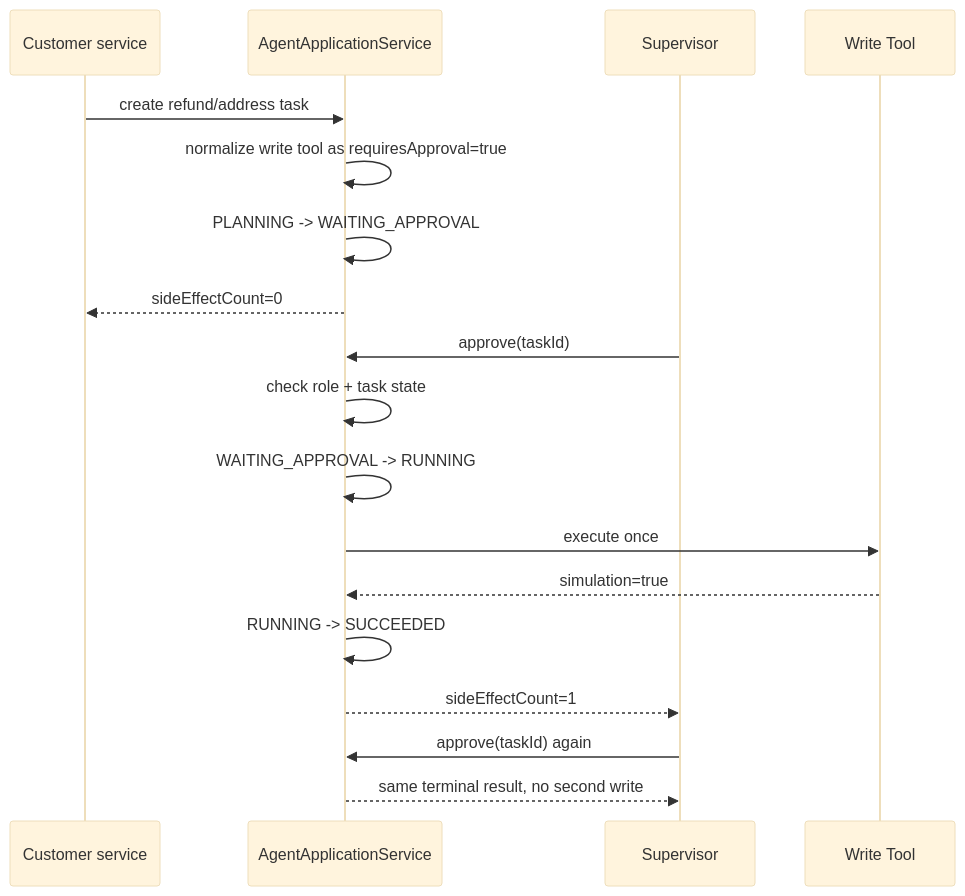
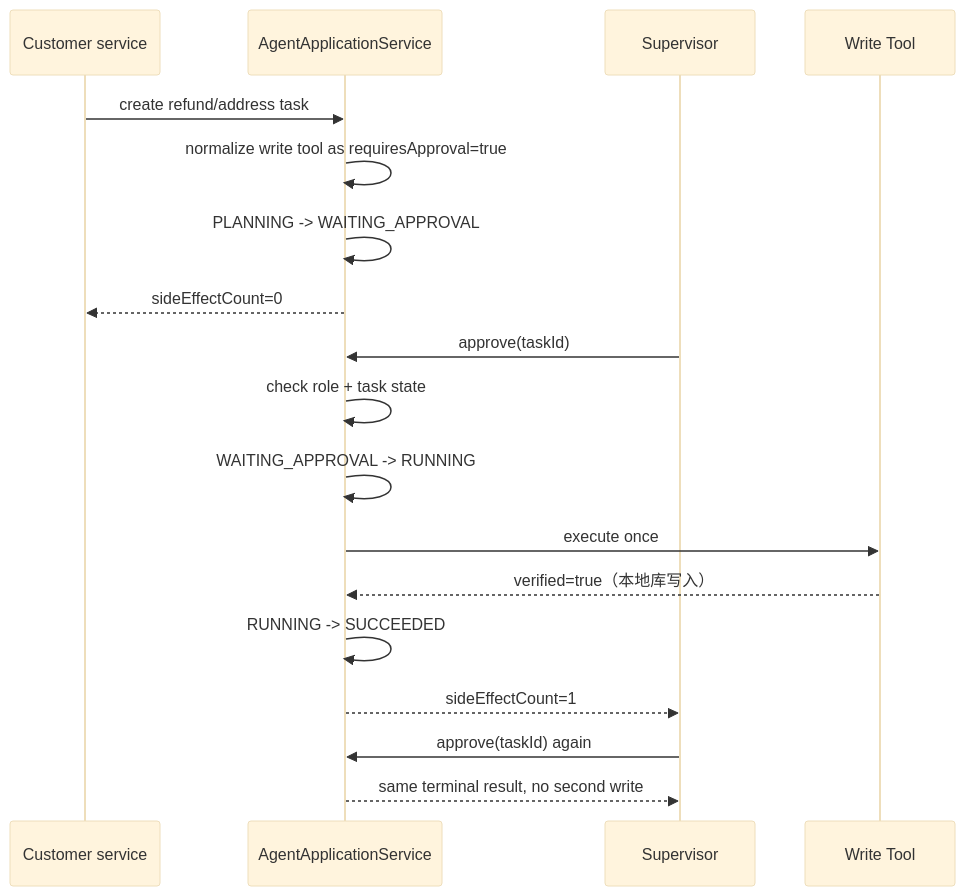
One commit to Zdanquxunhuan/agent-workflow-1 changed the third of 7 diagrams in agent-workflow-1/docs/diagrams.md. Above: the diagram before and after it, drawn with Mermaid (base theme). The commit also changed other lines of this file and 20 other files, not shown here.

````diff
--- a/agent-workflow-1/docs/diagrams.md
+++ b/agent-workflow-1/docs/diagrams.md
@@ -54,21 +54,21 @@
 ```mermaid
 sequenceDiagram
     participant U as Customer service
     participant S as AgentApplicationService
     participant M as Supervisor
     participant W as Write Tool
 
     U->>S: create refund/address task
     S->>S: normalize write tool as requiresApproval=true
     S->>S: PLANNING -> WAITING_APPROVAL
     S-->>U: sideEffectCount=0
     M->>S: approve(taskId)
     S->>S: check role + task state
     S->>S: WAITING_APPROVAL -> RUNNING
     S->>W: execute once
-    W-->>S: simulation=true
+    W-->>S: verified=true（本地库写入）
     S->>S: RUNNING -> SUCCEEDED
     S-->>M: sideEffectCount=1
     M->>S: approve(taskId) again
     S-->>M: same terminal result, no second write
 ```
````
